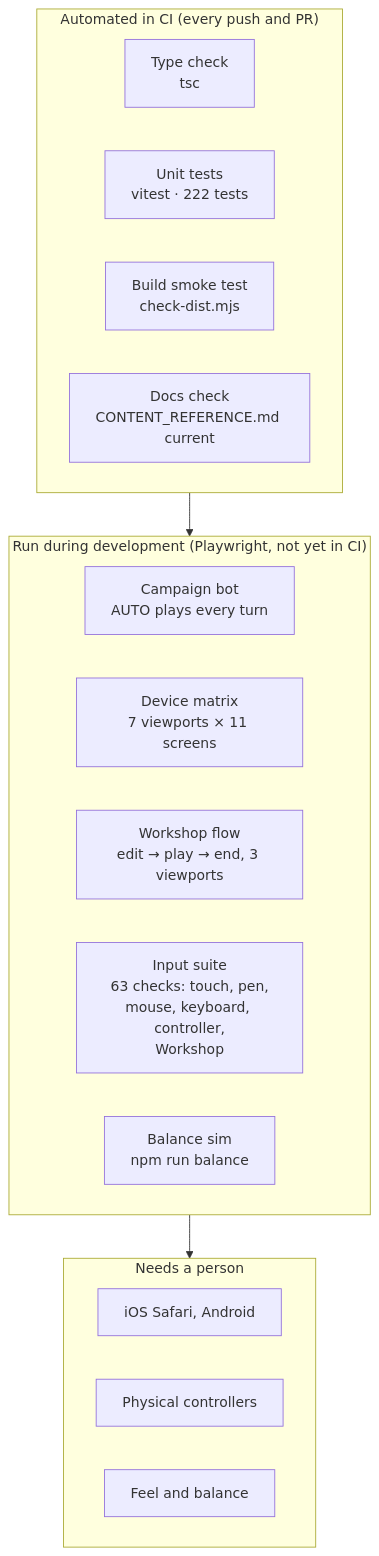
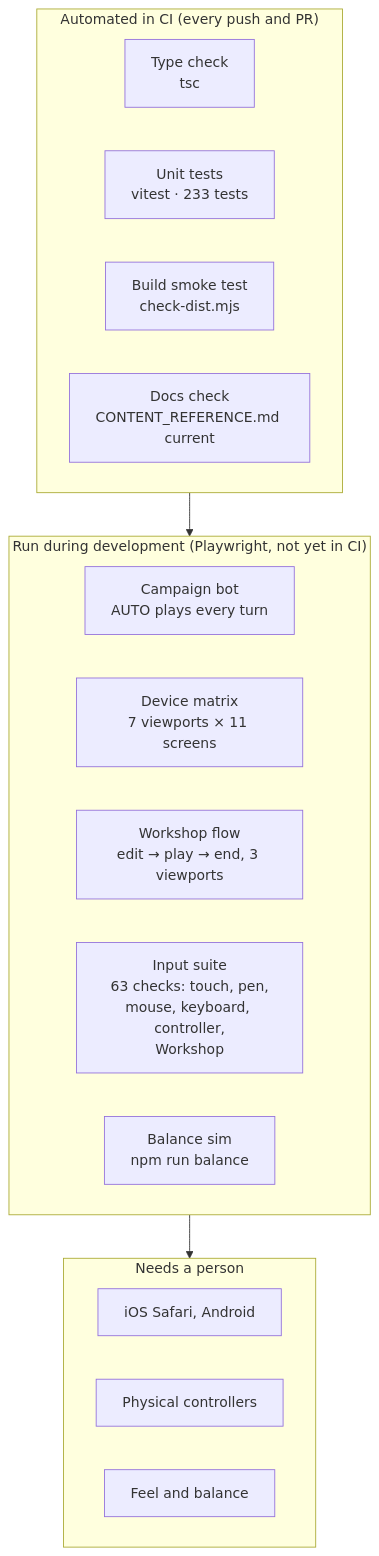
The diagram in docs/TESTING.md (CptNope/Chess-RPG-Tactics), drawn with Mermaid before and after one commit. The commit also changed other lines of this file and 16 other files, not shown here.

````diff
--- a/docs/TESTING.md
+++ b/docs/TESTING.md
@@ -9,22 +9,22 @@
 ```mermaid
 flowchart TB
     subgraph Auto["Automated in CI (every push and PR)"]
         T1["Type check<br/>tsc"]
-        T2["Unit tests<br/>vitest · 222 tests"]
+        T2["Unit tests<br/>vitest · 233 tests"]
         T3["Build smoke test<br/>check-dist.mjs"]
         T4["Docs check<br/>CONTENT_REFERENCE.md current"]
     end
     subgraph Dev["Run during development (Playwright, not yet in CI)"]
         P1["Campaign bot<br/>AUTO plays every turn"]
         P2["Device matrix<br/>7 viewports × 11 screens"]
         P4["Workshop flow<br/>edit → play → end, 3 viewports"]
         P3["Input suite<br/>63 checks: touch, pen,<br/>mouse, keyboard, controller,<br/>Workshop"]
         P5["Balance sim<br/>npm run balance"]
     end
     subgraph Human["Needs a person"]
         H1["iOS Safari, Android"]
         H2["Physical controllers"]
         H3["Feel and balance"]
     end
     Auto --> Dev --> Human
 ```
````
